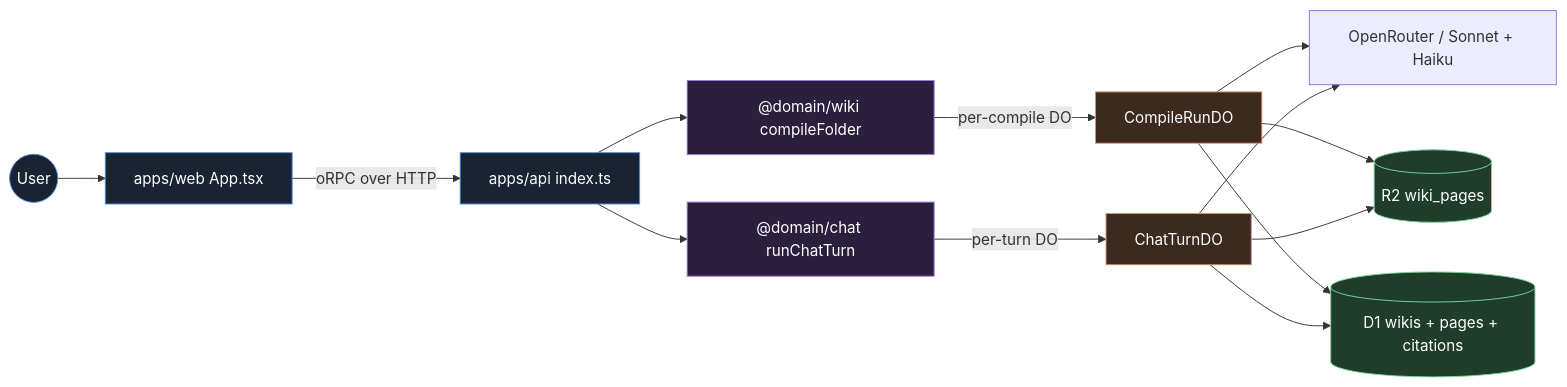
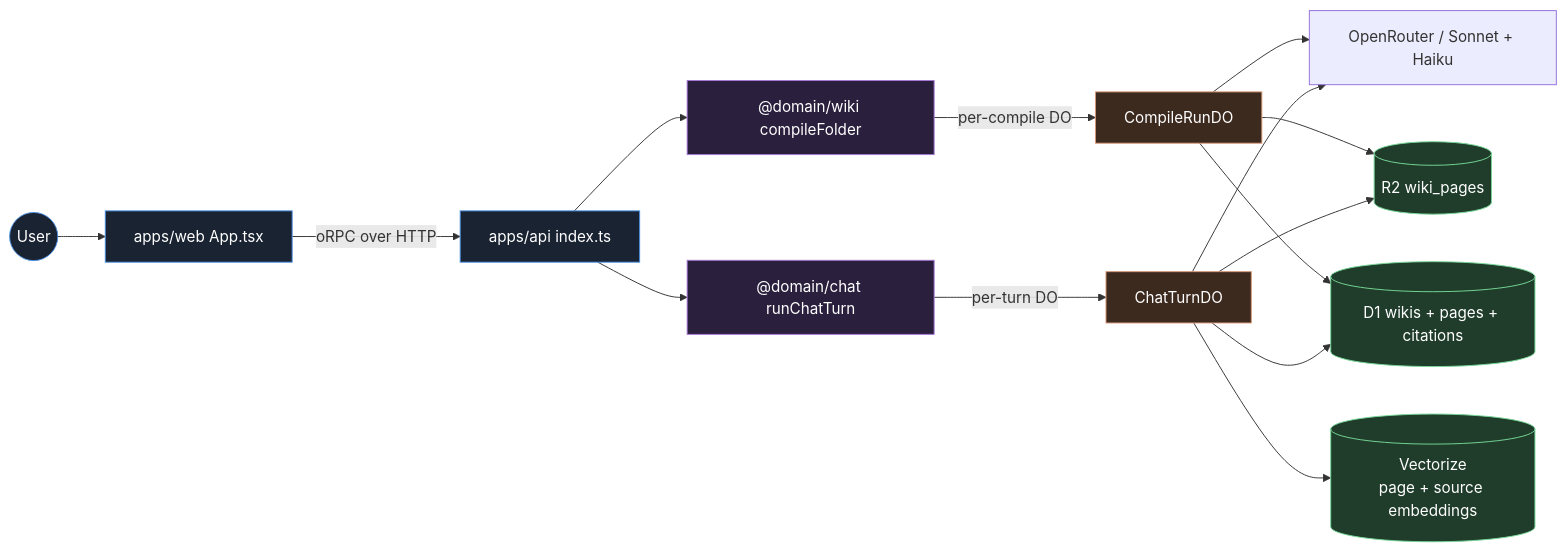
One commit to tonestrike/knowledge-base-wiki changed the first of 4 diagrams in docs/architecture/code-tour.md. Above: the diagram before and after it, drawn with Mermaid. The commit also changed other lines of this file and 12 other files, not shown here.

````diff
--- a/docs/architecture/code-tour.md
+++ b/docs/architecture/code-tour.md
@@ -27,34 +227,35 @@
 ```mermaid
 flowchart LR
     User((User)) --> Web["apps/web App.tsx"]
     Web -->|"oRPC over HTTP"| API["apps/api index.ts"]
 
     API --> Wiki["@domain/wiki compileFolder"]
     API --> Chat["@domain/chat runChatTurn"]
 
     Wiki -->|"per-compile DO"| CompileDO["CompileRunDO"]
     CompileDO --> OpenRouter["OpenRouter / Sonnet + Haiku"]
     CompileDO --> R2W[("R2 wiki_pages")]
     CompileDO --> D1W[("D1 wikis + pages + citations")]
 
     Chat -->|"per-turn DO"| ChatDO["ChatTurnDO"]
     ChatDO --> OpenRouter
     ChatDO --> D1W
     ChatDO --> R2W
+    ChatDO --> Vectorize[("Vectorize<br/>page + source embeddings")]
 
     click Web "../../apps/web/src/App.tsx" "App.tsx — wraps router + ChatDock in flex layout"
     click API "../../apps/api/src/index.ts" "api entrypoint"
     click Wiki "../../packages/domains/wiki/src/application/compile-folder.ts#L147" "compileFolder — the 5-stage orchestrator"
     click Chat "../../packages/domains/chat/src/application/run-chat-turn.ts#L82" "runChatTurn — the chat-turn loop"
     click CompileDO "../../packages/domains/wiki/src/infrastructure/durable_objects/compile-run-do.ts" "CompileRunDO factory"
     click ChatDO "../../packages/domains/chat/src/infrastructure/durable_objects/chat-turn-do.ts#L87" "createChatTurnDOClass"
 
     classDef edge fill:#1a2332,stroke:#4a90e2,color:#fff;
     classDef ctx fill:#2a1f3d,stroke:#a878d8,color:#fff;
     classDef store fill:#1f3d2a,stroke:#78d898,color:#fff;
     classDef do_ fill:#3d2a1f,stroke:#d89878,color:#fff;
     class User,Web,API edge;
     class Wiki,Chat ctx;
-    class R2W,D1W store;
+    class R2W,D1W,Vectorize store;
     class CompileDO,ChatDO do_;
 ```
````
